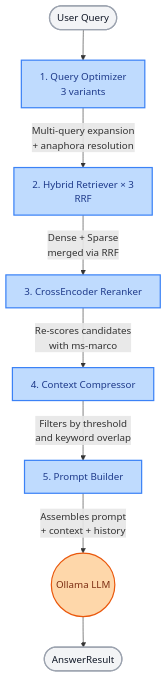
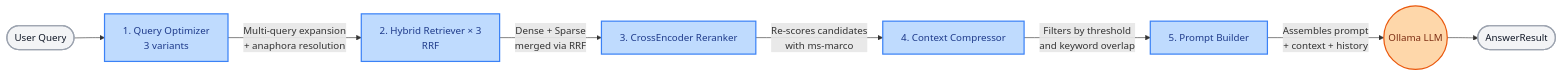
The second of 4 diagrams in readme.md (dev2180/rag-async-chat), drawn with Mermaid before and after one commit.

Commit message:
docs: Change RAG pipeline flow graph to horizontal format

````diff
--- a/readme.md
+++ b/readme.md
@@ -65,19 +65,19 @@
 ```mermaid
-graph TD
+graph LR
     UQ([User Query]) --> QO[1. Query Optimizer<br>3 variants]
     QO -->|Multi-query expansion<br>+ anaphora resolution| HR[2. Hybrid Retriever × 3<br>RRF]
     HR -->|Dense + Sparse<br>merged via RRF| CR[3. CrossEncoder Reranker]
     CR -->|Re-scores candidates<br>with ms-marco| CC[4. Context Compressor]
     CC -->|Filters by threshold<br>and keyword overlap| PB[5. Prompt Builder]
     PB -->|Assembles prompt<br>+ context + history| LLM((Ollama LLM))
     LLM --> AR([AnswerResult])
 
     classDef stage fill:#bfdbfe,stroke:#3b82f6,stroke-width:2px,color:#1e3a8a;
     classDef textNode fill:none,stroke:none;
     classDef endpoints fill:#f3f4f6,stroke:#9ca3af,stroke-width:2px,color:#111827;
     classDef model fill:#fed7aa,stroke:#ea580c,stroke-width:2px,color:#7c2d12;
     
     class QO,HR,CR,CC,PB stage;
     class UQ,AR endpoints;
     class LLM model;
 ```
````
